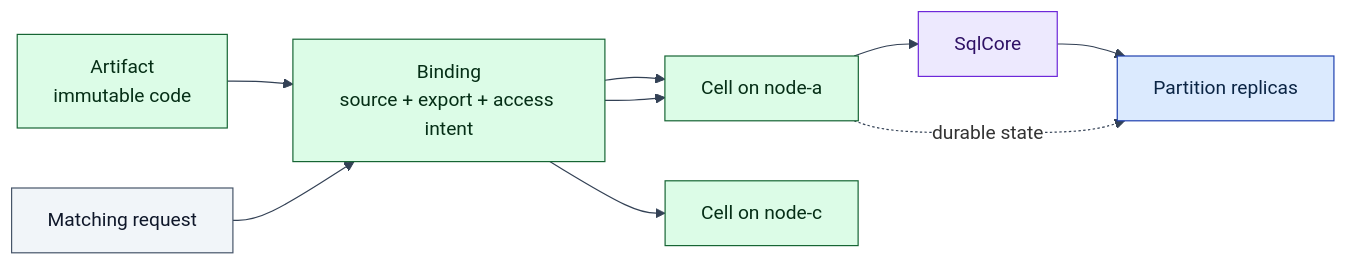
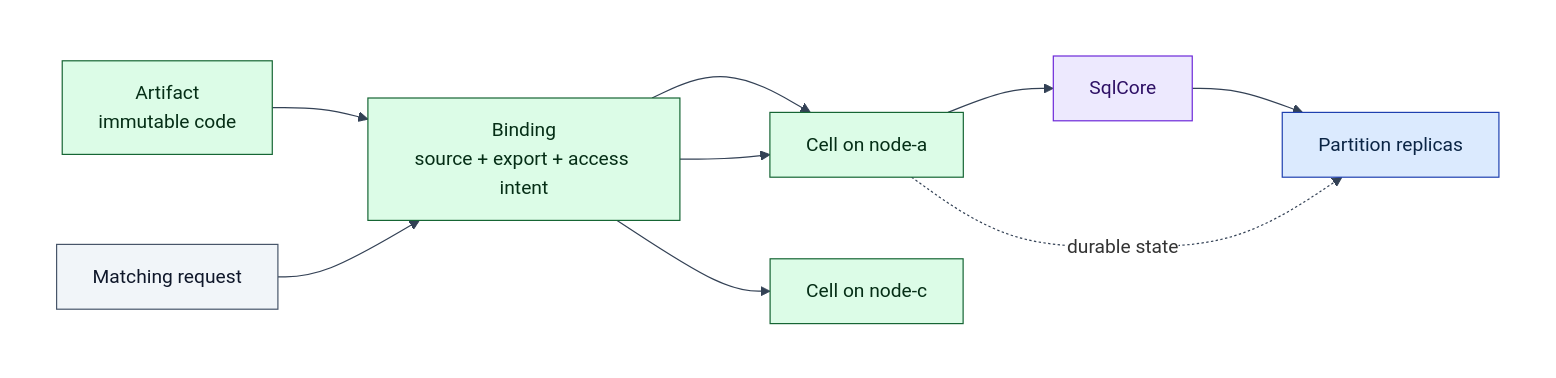
The sixth of 9 diagrams in architecture/system-model.md (psvensson/lagrange), drawn with Mermaid before and after one commit. The commit also changed other lines of this file and 3 other files, not shown here.

Commit message:
Draw explicit white Mermaid canvases

````diff
--- a/architecture/system-model.md
+++ b/architecture/system-model.md
@@ -257,18 +277,22 @@
 ```mermaid
-%%{init: {'theme':'base','darkMode':false,'themeCSS':'svg { background-color: #ffffff !important; }','themeVariables':{'background':'#ffffff','clusterBkg':'#ffffff','clusterBorder':'#94a3b8','edgeLabelBackground':'#ffffff','lineColor':'#334155','textColor':'#0f172a'}}}%%
+%%{init: {'theme':'base','darkMode':false,'themeVariables':{'background':'#ffffff','clusterBkg':'#ffffff','clusterBorder':'#94a3b8','edgeLabelBackground':'#ffffff','lineColor':'#334155','textColor':'#0f172a'}}}%%
 flowchart LR
-  A["Artifact<br/>immutable code"]:::svc --> B["Binding<br/>source + export + access intent"]:::svc
-  B --> C1["Cell on node-a"]:::svc
-  B --> C2["Cell on node-c"]:::svc
+  subgraph CANVAS[" "]
+    direction LR
+    A["Artifact<br/>immutable code"]:::svc --> B["Binding<br/>source + export + access intent"]:::svc
+    B --> C1["Cell on node-a"]:::svc
+    B --> C2["Cell on node-c"]:::svc
 
-  REQ["Matching request"]:::ext --> B
-  B --> C1
-  C1 --> SQL["SqlCore"]:::move
-  SQL --> P["Partition replicas"]:::data
-  C1 -. "durable state" .-> P
+    REQ["Matching request"]:::ext --> B
+    B --> C1
+    C1 --> SQL["SqlCore"]:::move
+    SQL --> P["Partition replicas"]:::data
+    C1 -. "durable state" .-> P
+  end
 
+  style CANVAS fill:#ffffff,stroke:#ffffff,color:#0f172a
   classDef data fill:#dbeafe,stroke:#1e40af,color:#0b2545
   classDef svc fill:#dcfce7,stroke:#166534,color:#052e16
   classDef move fill:#ede9fe,stroke:#6d28d9,color:#2e1065
   classDef ext fill:#f1f5f9,stroke:#475569,color:#0f172a
 ```
````
